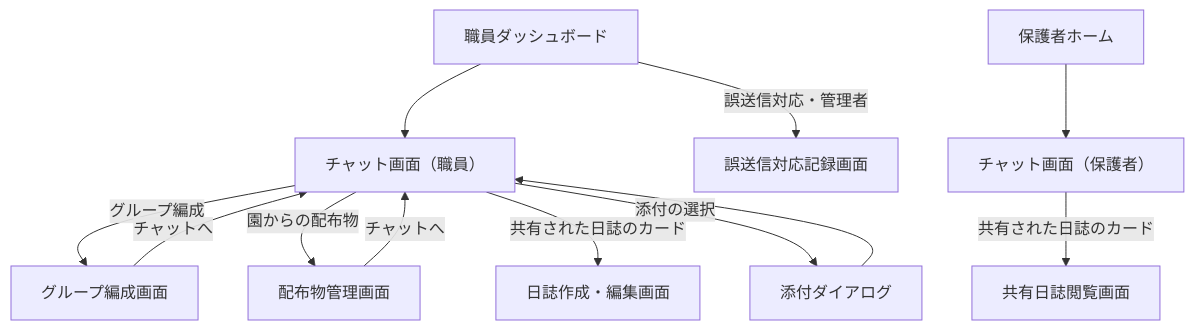
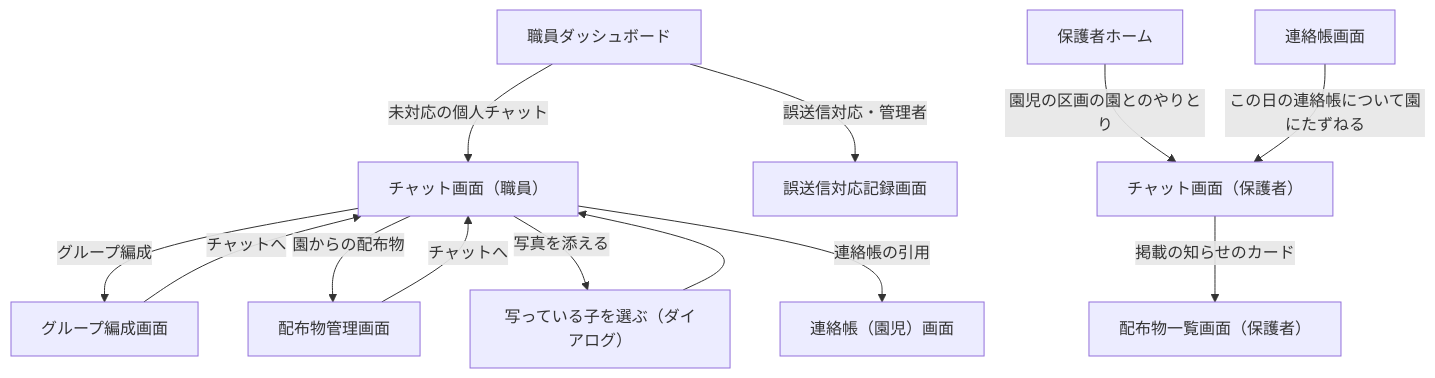
Before and after one commit to issei0423/sukusuku_system: the fifth of 9 diagrams in 図/画面遷移図.md, drawn with Mermaid. The commit also changed other lines of this file, not shown here.

First line of the commit message:
画面遷移図を第2.0版にし、基本設計書 第3.0版の42画面に合わせた：連絡帳の節を新しく置き、保護者の画面を連絡帳画面・成長の記録画面を含む9画面で作り直し、共有日誌閲覧画面と日誌の共有のカードの遷移を外し、保護者の通知の行き先を保護者ホームにし、職員の初回ログインの順番を書いた

````diff
--- a/図/画面遷移図.md
+++ b/図/画面遷移図.md
@@ -199,14 +293,15 @@
 ```mermaid
 flowchart TD
-    SD["職員ダッシュボード"] --> SCH["チャット画面（職員）"]
+    SD["職員ダッシュボード"] -->|未対応の個人チャット| SCH["チャット画面（職員）"]
     SCH -->|グループ編成| GE["グループ編成画面"]
     GE -->|チャットへ| SCH
     SCH -->|園からの配布物| HM["配布物管理画面"]
     HM -->|チャットへ| SCH
-    SCH -->|共有された日誌のカード| DE["日誌作成・編集画面"]
+    SCH -->|写真を添える| PK["写っている子を選ぶ（ダイアログ）"]
+    PK --> SCH
+    SCH -->|連絡帳の引用| CK["連絡帳（園児）画面"]
     SD -->|誤送信対応・管理者| MS["誤送信対応記録画面"]
-    SCH -->|添付の選択| AT["添付ダイアログ"]
-    AT --> SCH
-    PH["保護者ホーム"] --> GCH["チャット画面（保護者）"]
-    GCH -->|共有された日誌のカード| GD["共有日誌閲覧画面"]
+    PH["保護者ホーム"] -->|園児の区画の園とのやりとり| GCH["チャット画面（保護者）"]
+    GCB["連絡帳画面"] -->|この日の連絡帳について園にたずねる| GCH
+    GCH -->|掲載の知らせのカード| GH["配布物一覧画面（保護者）"]
 ```
````
